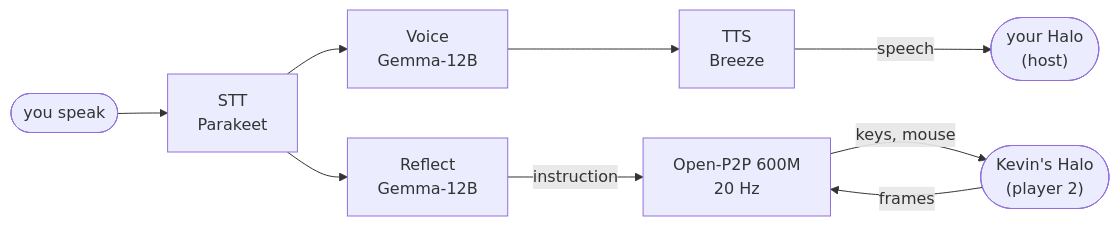
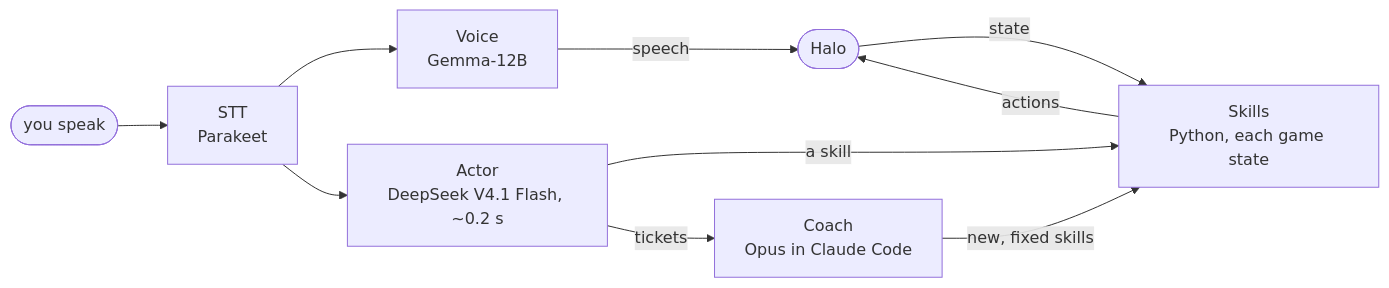
Before and after one commit to pythonlearner1025/dude: the diagram in README.md, drawn with Mermaid. The commit also changed other lines of this file and 1 other file, not shown here.

First line of the commit message:
README and b650s notes for skill mode

````diff
--- a/README.md
+++ b/README.md
@@ -8,5 +7,7 @@
 ```mermaid
 flowchart LR
-    mic(["you speak"]) --> stt["STT<br/>Parakeet"] --> voice["Voice<br/>Gemma-12B"] --> tts["TTS<br/>Breeze"] -- speech --> you(["your Halo<br/>(host)"])
-    stt --> reflect["Reflect<br/>Gemma-12B"] -- instruction --> p2p["Open-P2P 600M<br/>20 Hz"] -- "keys, mouse" --> kevin(["Kevin's Halo<br/>(player 2)"]) -- frames --> p2p
+    you(["you speak"]) --> stt["STT<br/>Parakeet"] --> voice["Voice<br/>Gemma-12B"] -- speech --> game(["Halo"])
+    stt --> actor["Actor<br/>DeepSeek V4.1 Flash, ~0.2 s"] -- "a skill" --> skills["Skills<br/>Python, each game state"] -- actions --> game
+    game -- state --> skills
+    actor -- "tickets" --> coach["Coach<br/>Opus in Claude Code"] -- "new, fixed skills" --> skills
 ```
````
